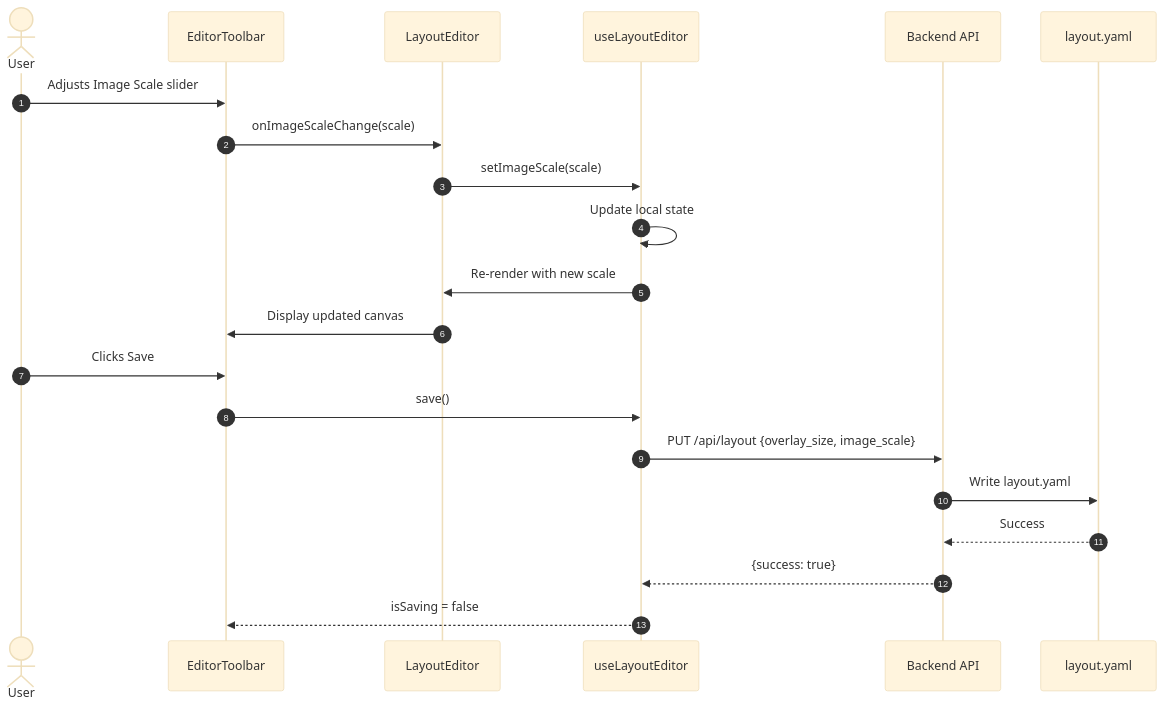
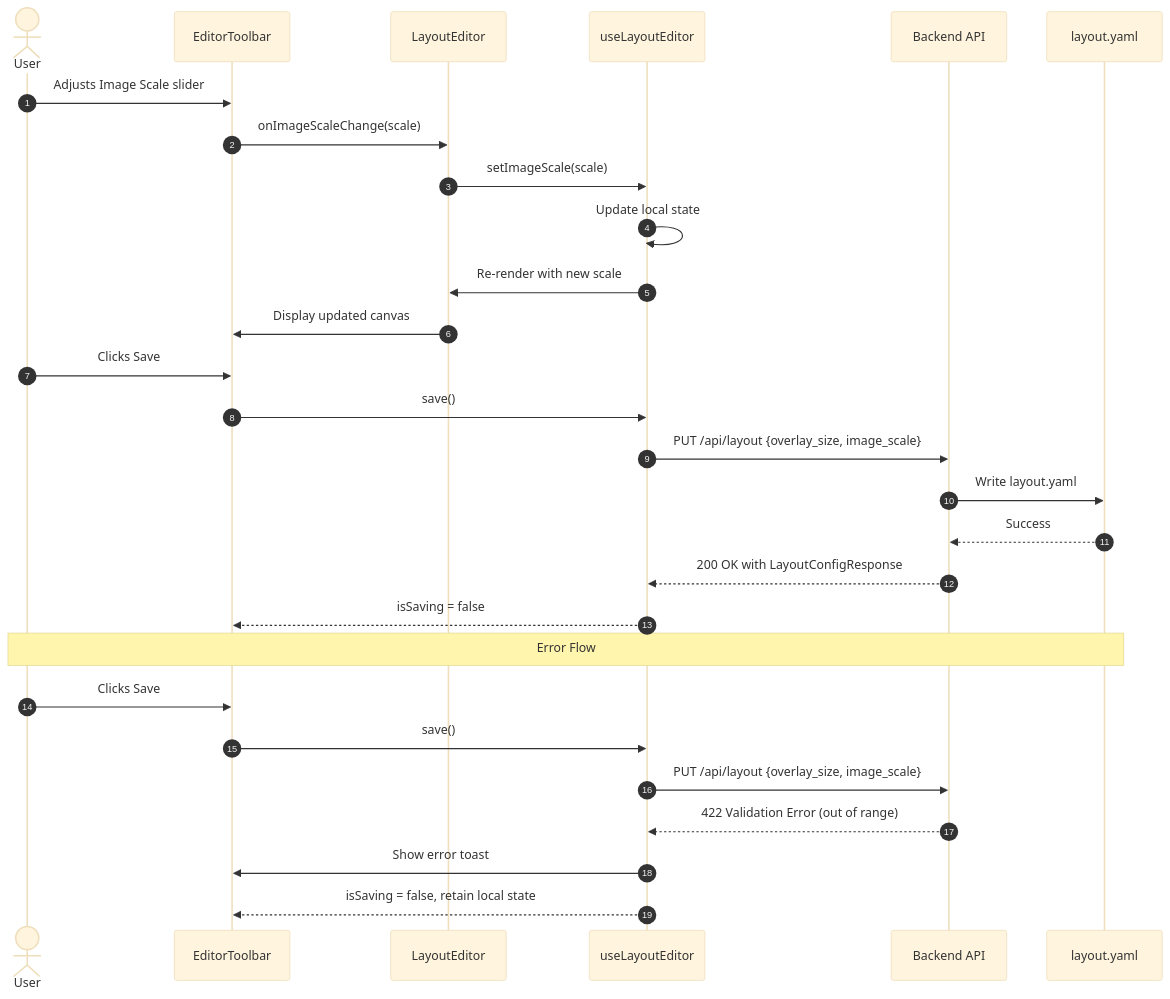
One commit to iscofield/realtime-tigo-monitor changed the diagram in docs/specs/2026-01-25-layout-editor-size-controls.md. Above: the diagram before and after it, drawn with Mermaid (base theme). The commit also changed other lines of this file, not shown here.

First line of the commit message:
docs: address ContextLoop review comments on layout-editor-size-controls

````diff
--- a/docs/specs/2026-01-25-layout-editor-size-controls.md
+++ b/docs/specs/2026-01-25-layout-editor-size-controls.md
@@ -93,25 +280,33 @@
 ```mermaid
 sequenceDiagram
     autonumber
     actor User
     participant Toolbar as EditorToolbar
     participant Editor as LayoutEditor
     participant Hook as useLayoutEditor
     participant API as Backend API
     participant Config as layout.yaml
 
     User->>Toolbar: Adjusts Image Scale slider
     Toolbar->>Editor: onImageScaleChange(scale)
     Editor->>Hook: setImageScale(scale)
     Hook->>Hook: Update local state
     Hook->>Editor: Re-render with new scale
     Editor->>Toolbar: Display updated canvas
 
     User->>Toolbar: Clicks Save
     Toolbar->>Hook: save()
     Hook->>API: PUT /api/layout {overlay_size, image_scale}
     API->>Config: Write layout.yaml
     Config-->>API: Success
-    API-->>Hook: {success: true}
+    API-->>Hook: 200 OK with LayoutConfigResponse
     Hook-->>Toolbar: isSaving = false
+
+    Note over User,Config: Error Flow
+    User->>Toolbar: Clicks Save
+    Toolbar->>Hook: save()
+    Hook->>API: PUT /api/layout {overlay_size, image_scale}
+    API-->>Hook: 422 Validation Error (out of range)
+    Hook->>Toolbar: Show error toast
+    Hook-->>Toolbar: isSaving = false, retain local state
 ```
````
